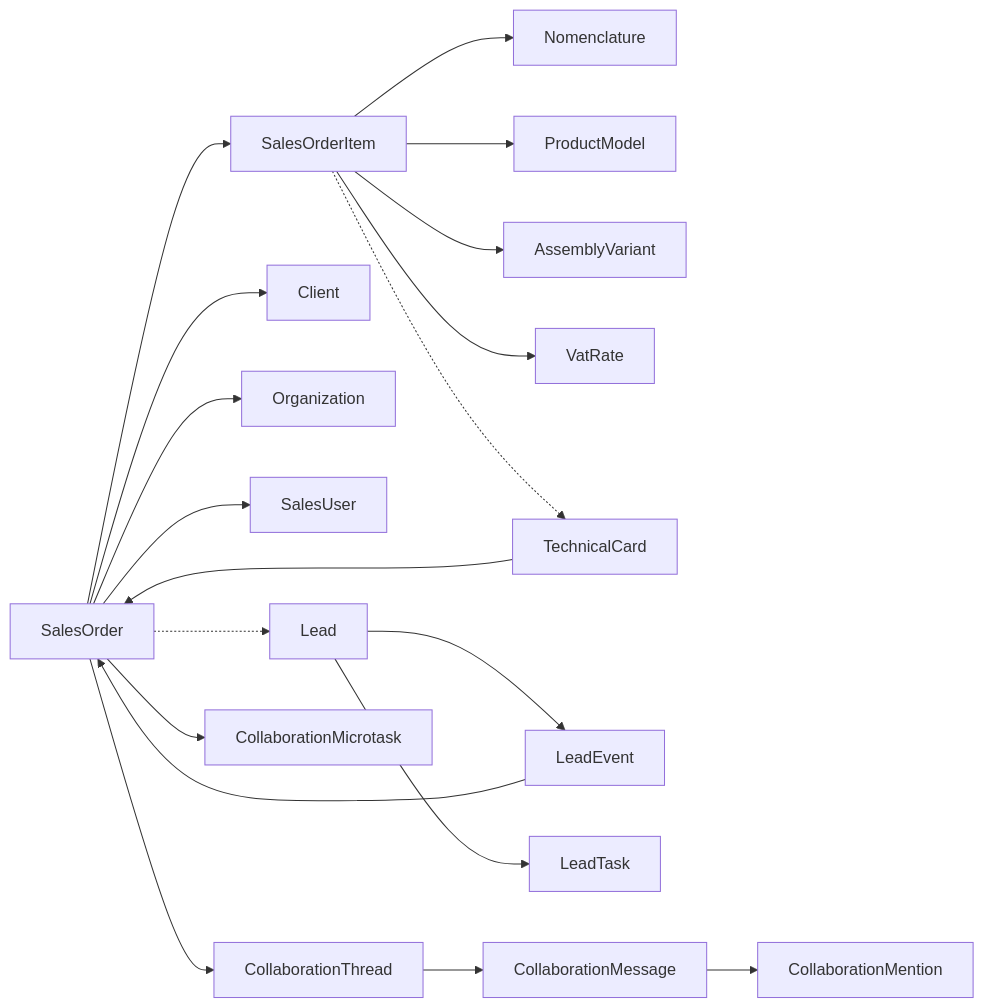
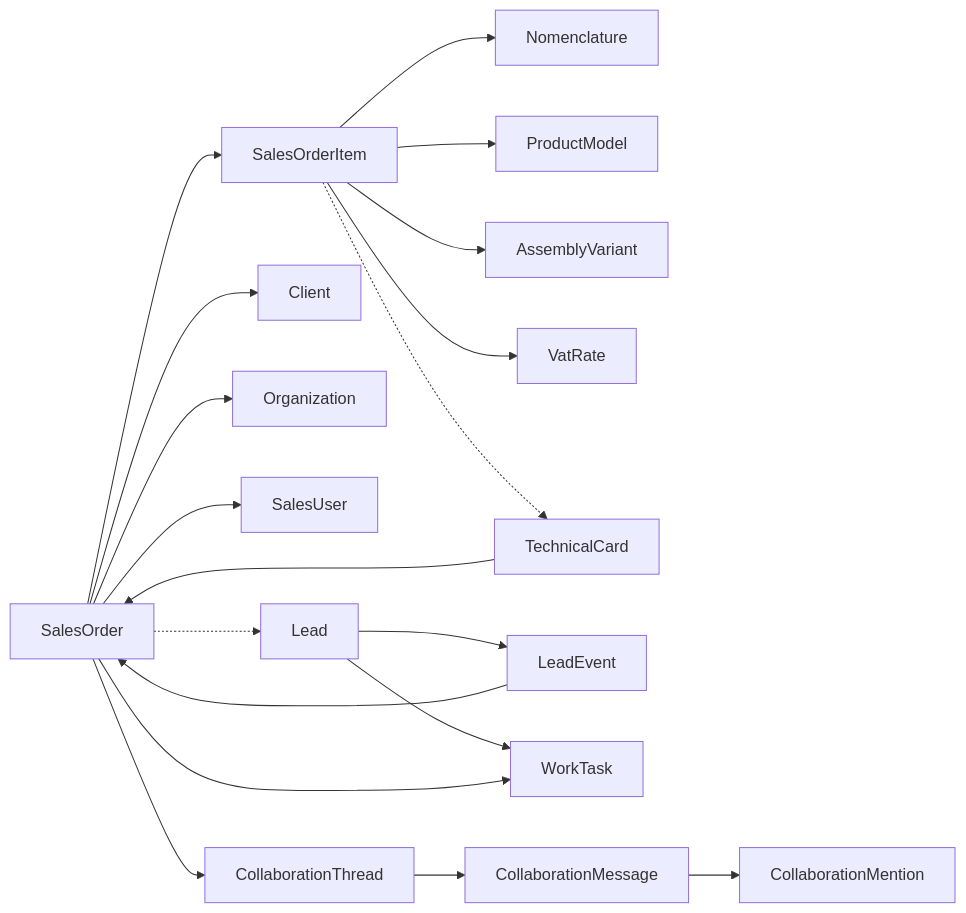
Before and after one commit to timurin/sport-leads: the diagram in docs/architecture/order-card-field-links.md, drawn with Mermaid. The commit also changed other lines of this file and 51 other files, not shown here.

First line of the commit message:
Ship WorkTask kanban, chat modal, and password cabinet UX.

````diff
--- a/docs/architecture/order-card-field-links.md
+++ b/docs/architecture/order-card-field-links.md
@@ -14,21 +14,21 @@
 ```mermaid
 flowchart LR
   SalesOrder -.-> Lead
   SalesOrder --> Client
   SalesOrder --> Organization
   SalesOrder --> SalesUser
   SalesOrder --> SalesOrderItem
   SalesOrderItem --> Nomenclature
   SalesOrderItem --> ProductModel
   SalesOrderItem --> AssemblyVariant
   SalesOrderItem --> VatRate
   SalesOrderItem -.-> TechnicalCard
   TechnicalCard --> SalesOrder
   Lead --> LeadEvent
-  Lead --> LeadTask
+  Lead --> WorkTask
+  SalesOrder --> WorkTask
   LeadEvent --> SalesOrder
   SalesOrder --> CollaborationThread
   CollaborationThread --> CollaborationMessage
   CollaborationMessage --> CollaborationMention
-  SalesOrder --> CollaborationMicrotask
 ```
````
